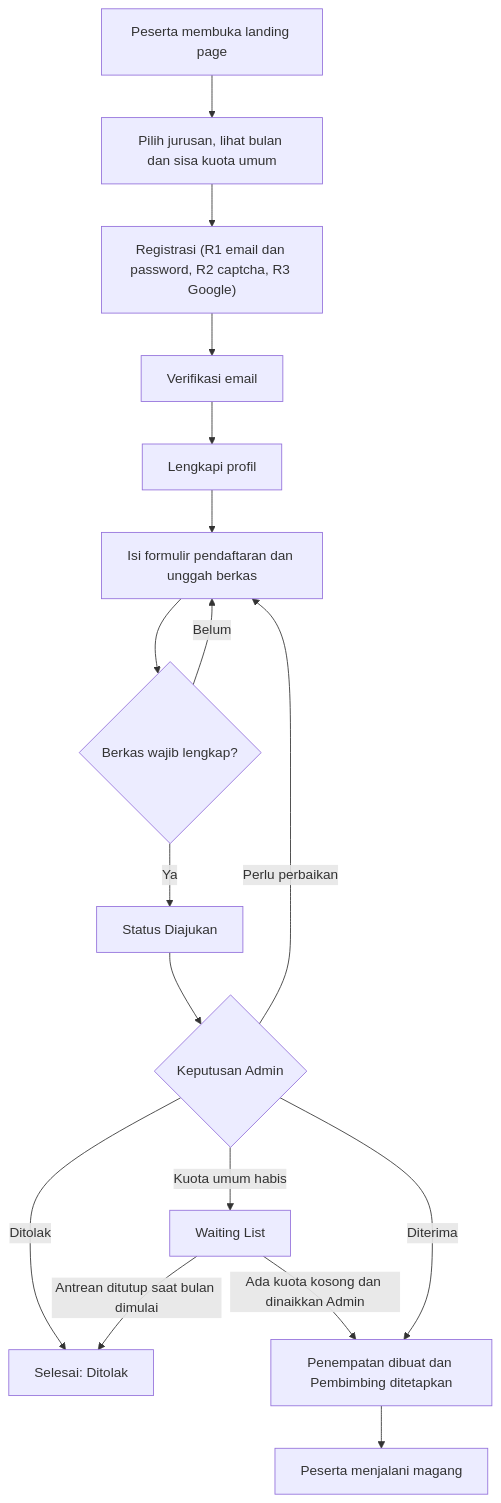
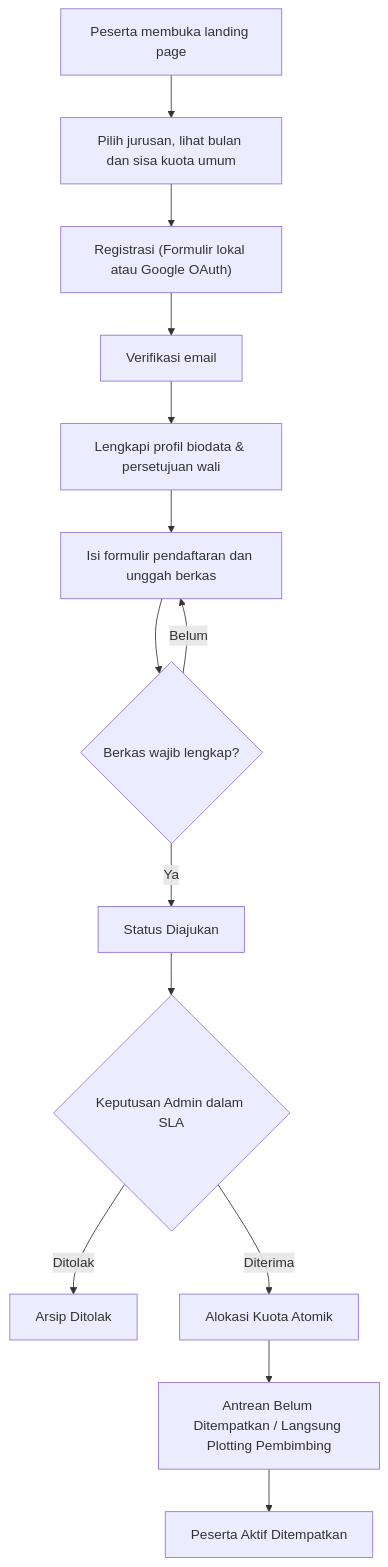
Before and after one commit to EvilAekt/MAGKOM: the first of 3 diagrams in docs/01-PRD-MagKom.md, drawn with Mermaid. The commit also changed other lines of this file and 21 other files, not shown here.

````diff
--- a/docs/01-PRD-MagKom.md
+++ b/docs/01-PRD-MagKom.md
@@ -289,19 +291,16 @@
 ```mermaid
 flowchart TD
     A[Peserta membuka landing page] --> B[Pilih jurusan, lihat bulan dan sisa kuota umum]
-    B --> C["Registrasi (R1 email dan password, R2 captcha, R3 Google)"]
+    B --> C["Registrasi (Formulir lokal atau Google OAuth)"]
     C --> D[Verifikasi email]
-    D --> E[Lengkapi profil]
+    D --> E[Lengkapi profil biodata & persetujuan wali]
     E --> F[Isi formulir pendaftaran dan unggah berkas]
     F --> G{Berkas wajib lengkap?}
     G -->|Belum| F
     G -->|Ya| H[Status Diajukan]
-    H --> I{Keputusan Admin}
-    I -->|Perlu perbaikan| F
-    I -->|Ditolak| Z[Selesai: Ditolak]
-    I -->|Kuota umum habis| W[Waiting List]
-    W -->|Ada kuota kosong dan dinaikkan Admin| J
-    W -->|Antrean ditutup saat bulan dimulai| Z
-    I -->|Diterima| J[Penempatan dibuat dan Pembimbing ditetapkan]
-    J --> K[Peserta menjalani magang]
+    H --> I{Keputusan Admin dalam SLA}
+    I -->|Ditolak| J[Arsip Ditolak]
+    I -->|Diterima| K[Alokasi Kuota Atomik]
+    K --> L[Antrean Belum Ditempatkan / Langsung Plotting Pembimbing]
+    L --> M[Peserta Aktif Ditempatkan]
 ```
````
